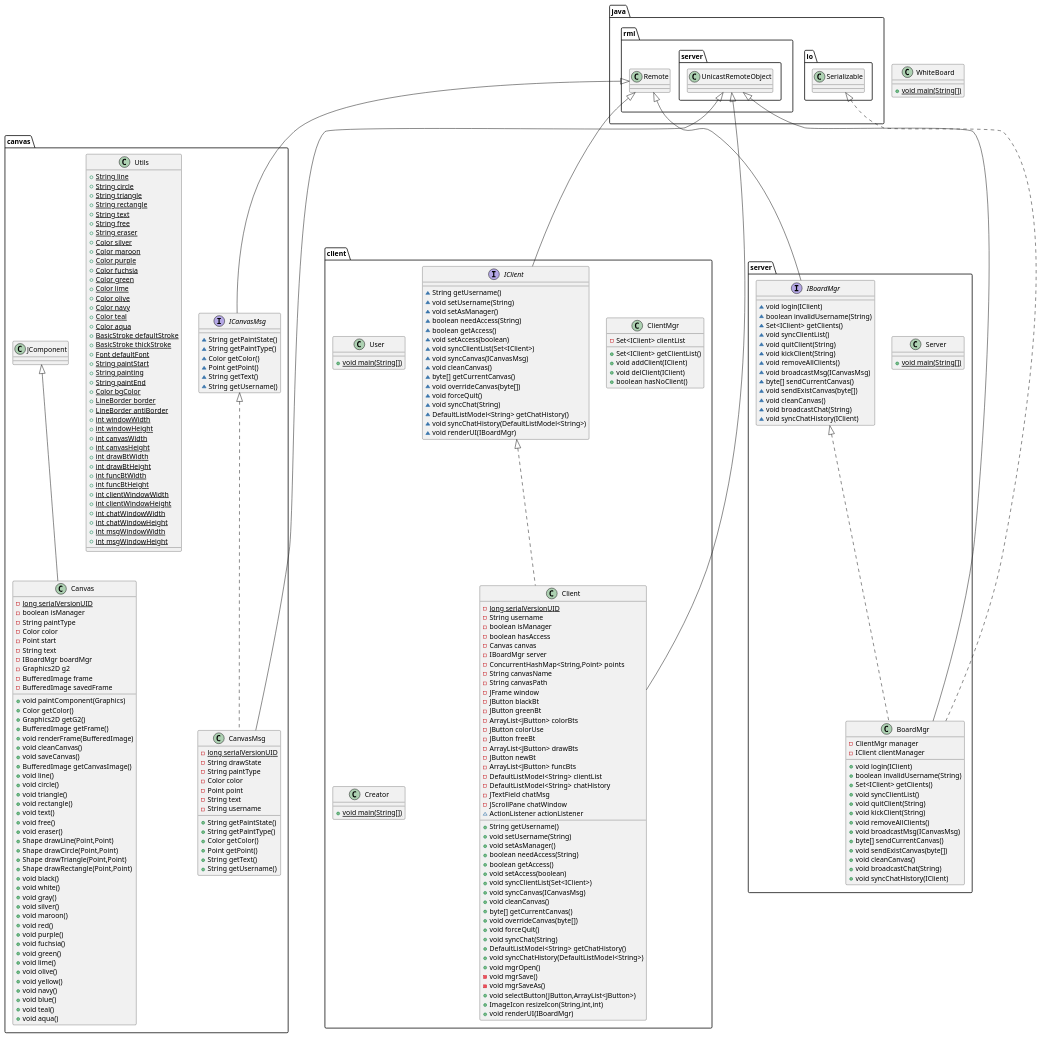
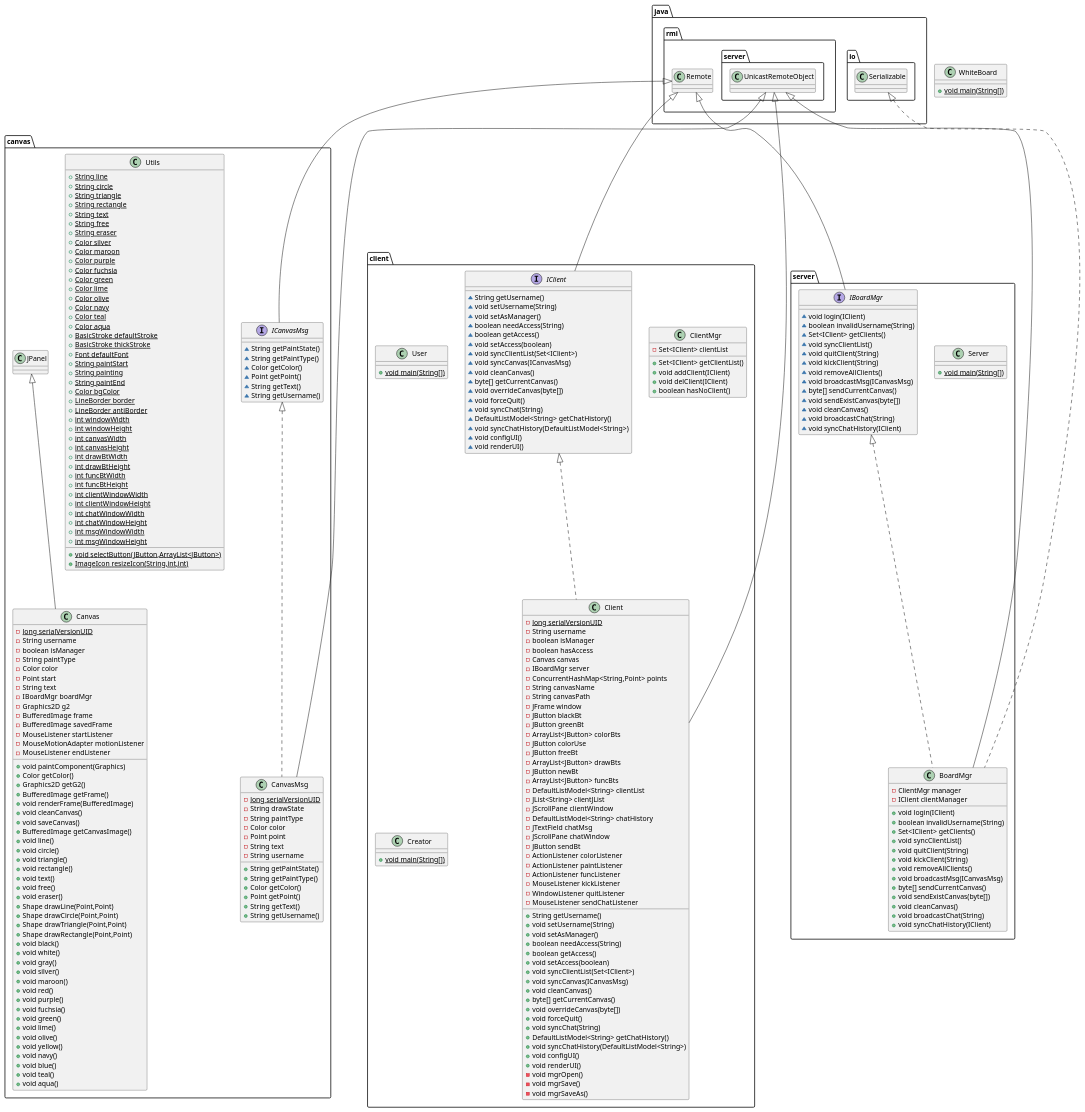
Before and after one commit to LOOP115/Shared_White_Board: the diagram in resources/UML.puml, drawn with PlantUML. The commit also changed 11 other files, not shown here.

```diff
--- a/resources/UML.puml
+++ b/resources/UML.puml
@@ -30,10 +30,18 @@
 - JButton newBt
 - ArrayList<JButton> funcBts
 - DefaultListModel<String> clientList
+- JList<String> clientJList
+- JScrollPane clientWindow
 - DefaultListModel<String> chatHistory
 - JTextField chatMsg
 - JScrollPane chatWindow
-~ ActionListener actionListener
+- JButton sendBt
+- ActionListener colorListener
+- ActionListener paintListener
+- ActionListener funcListener
+- MouseListener kickListener
+- WindowListener quitListener
+- MouseListener sendChatListener
 + String getUsername()
 + void setUsername(String)
 + void setAsManager()
@@ -49,12 +57,11 @@
 + void syncChat(String)
 + DefaultListModel<String> getChatHistory()
 + void syncChatHistory(DefaultListModel<String>)
-+ void mgrOpen()
++ void configUI()
++ void renderUI()
+- void mgrOpen()
 - void mgrSave()
 - void mgrSaveAs()
-+ void selectButton(JButton,ArrayList<JButton>)
-+ ImageIcon resizeIcon(String,int,int)
-+ void renderUI(IBoardMgr)
 }
 class server.Server {
 + {static} void main(String[])
@@ -132,7 +139,8 @@
 ~ void syncChat(String)
 ~ DefaultListModel<String> getChatHistory()
 ~ void syncChatHistory(DefaultListModel<String>)
-~ void renderUI(IBoardMgr)
+~ void configUI()
+~ void renderUI()
 }
 class canvas.Utils {
 + {static} String line
@@ -175,9 +183,12 @@
 + {static} int chatWindowHeight
 + {static} int msgWindowWidth
 + {static} int msgWindowHeight
++ {static} void selectButton(JButton,ArrayList<JButton>)
++ {static} ImageIcon resizeIcon(String,int,int)
 }
 class canvas.Canvas {
 - {static} long serialVersionUID
+- String username
 - boolean isManager
 - String paintType
 - Color color
@@ -187,6 +198,9 @@
 - Graphics2D g2
 - BufferedImage frame
 - BufferedImage savedFrame
+- MouseListener startListener
+- MouseMotionAdapter motionListener
+- MouseListener endListener
 + void paintComponent(Graphics)
 + Color getColor()
 + Graphics2D getG2()
@@ -238,5 +252,5 @@
 canvas.ICanvasMsg <|.. canvas.CanvasMsg
 java.rmi.server.UnicastRemoteObject <|-- canvas.CanvasMsg
 java.rmi.Remote <|-- client.IClient
-canvas.JComponent <|-- canvas.Canvas
+canvas.JPanel <|-- canvas.Canvas
 @enduml
```
